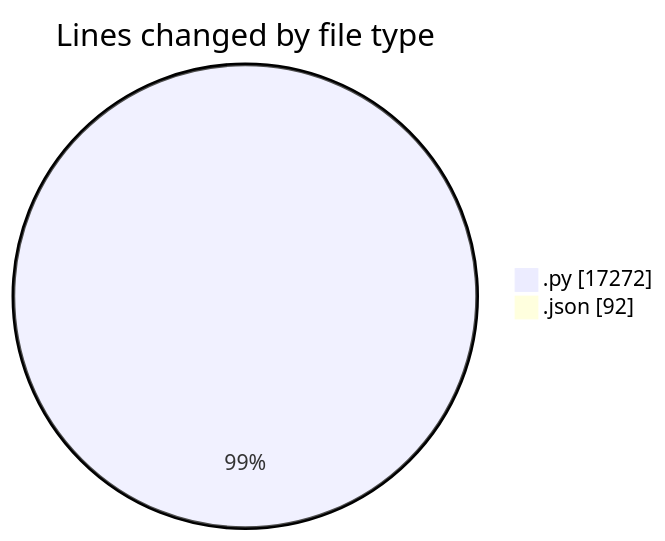
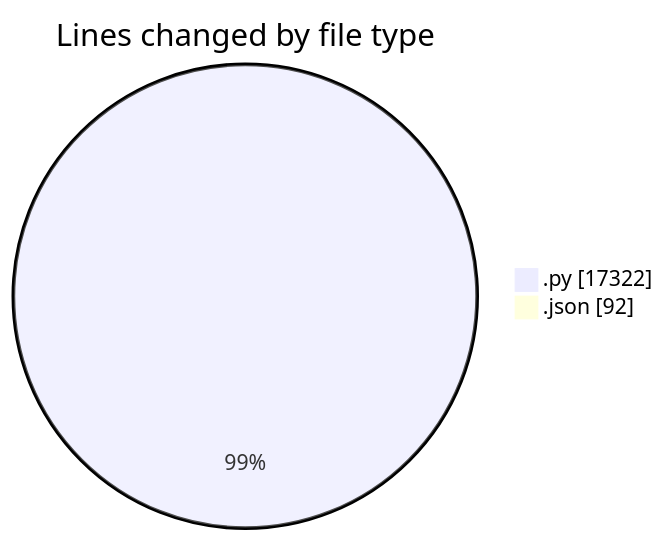
Before and after one commit to jrari/code-tracking: the first of 2 diagrams in 2025-07-13/telebot/README.md, drawn with Mermaid. The commit also changed other lines of this file and 1 other file, not shown here.

````diff
--- a/2025-07-13/telebot/README.md
+++ b/2025-07-13/telebot/README.md
@@ -46,6 +46,6 @@
 ```mermaid
 pie showData
 title Lines changed by file type
-".py" : 17272
+".py" : 17322
 ".json" : 92
 ```
````
